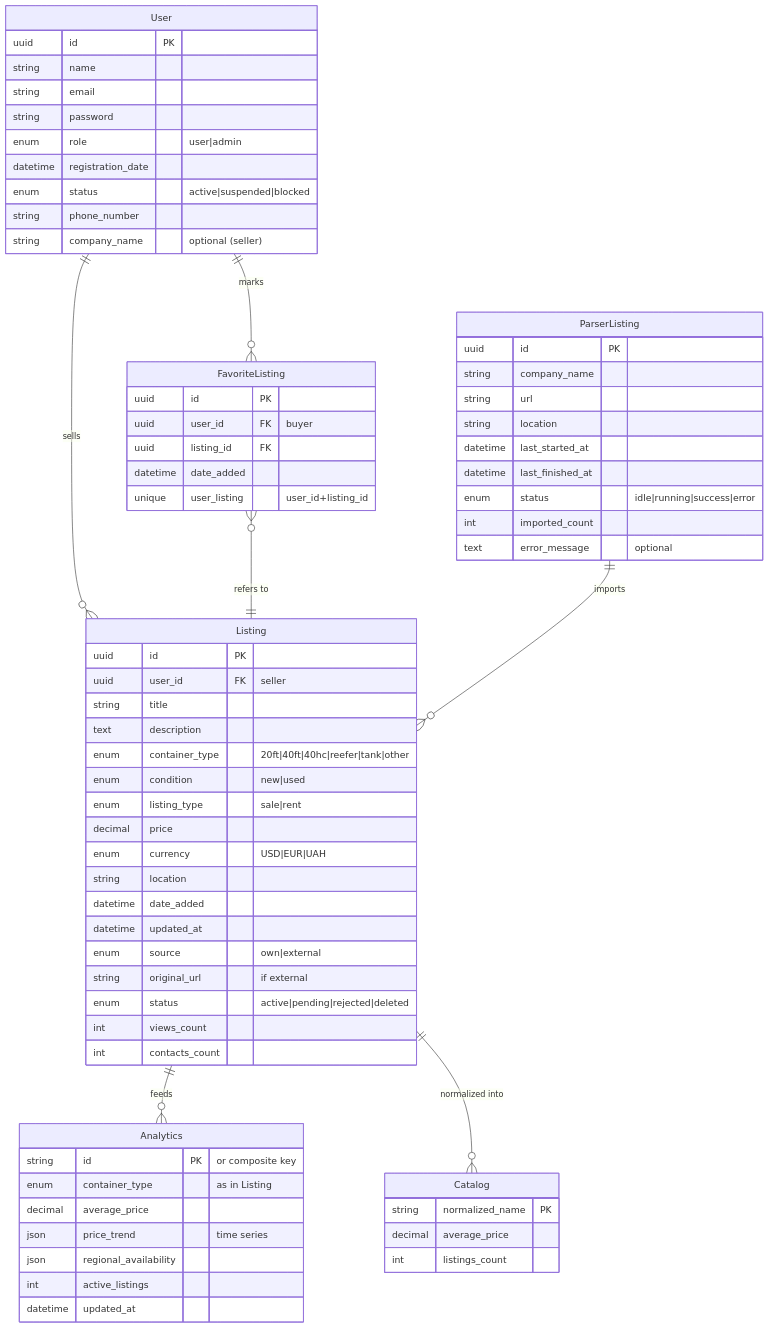
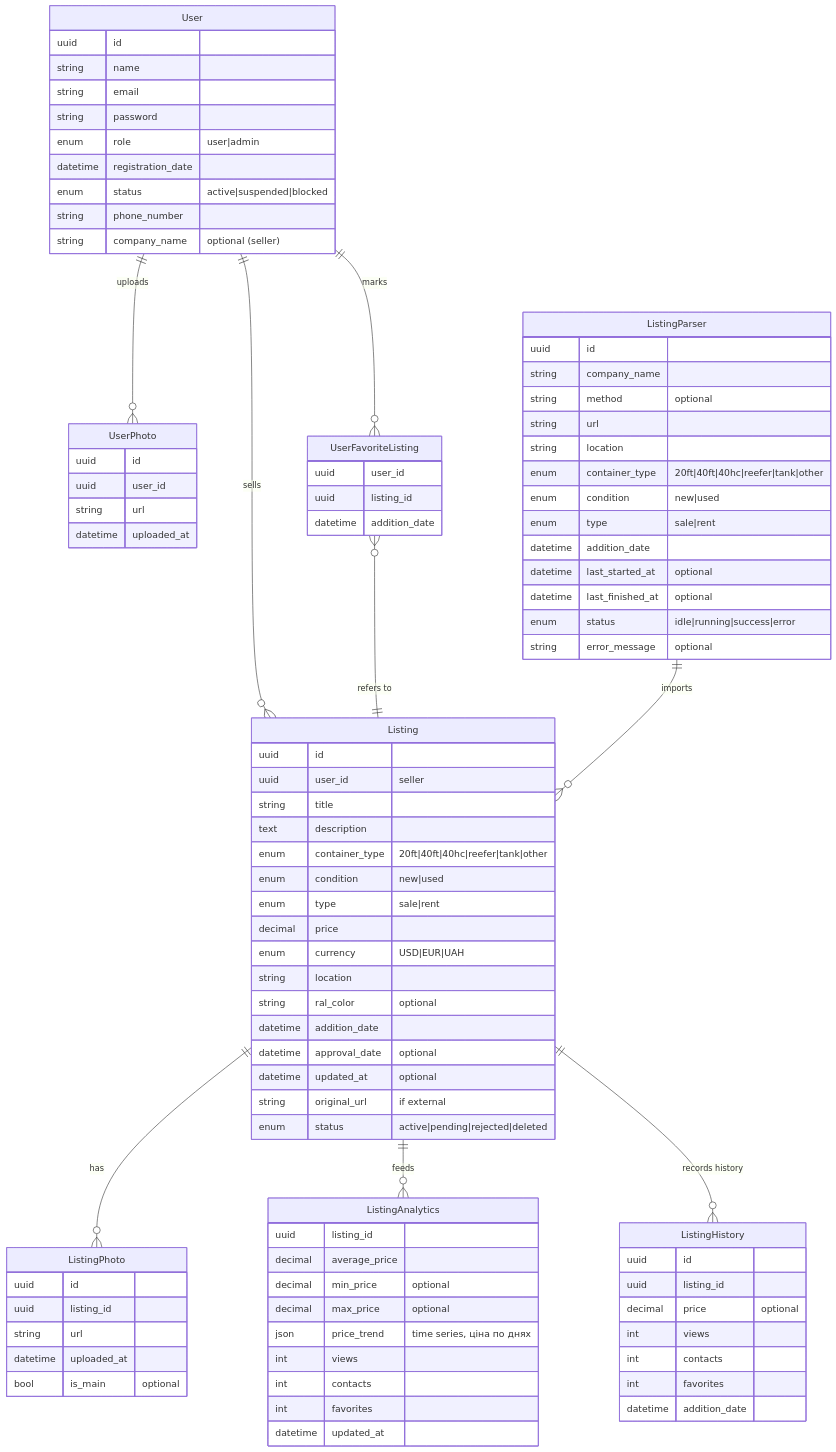
One commit to JusicP/cargo-container-aggregator changed the diagram in docs/models.md. Above: the diagram before and after it, drawn with Mermaid. The commit also changed other lines of this file, not shown here.

````diff
--- a/docs/models.md
+++ b/docs/models.md
@@ -2,7 +2,7 @@
 ```mermaid
 erDiagram
     User {
-      uuid id PK
+      uuid id
       string name
       string email
       string password
@@ -13,67 +13,93 @@
       string company_name "optional (seller)"
     }
 
+    UserPhoto {
+      uuid id
+      uuid user_id
+      string url
+      datetime uploaded_at
+    }
+
     Listing {
-      uuid id PK
-      uuid user_id FK "seller"
+      uuid id
+      uuid user_id "seller"
       string title
       text description
       enum container_type "20ft|40ft|40hc|reefer|tank|other"
       enum condition "new|used"
-      enum listing_type "sale|rent"
+      enum type "sale|rent"
       decimal price
       enum currency "USD|EUR|UAH"
       string location
-      datetime date_added
-      datetime updated_at
-      enum source "own|external"
+      string ral_color "optional"
+      datetime addition_date
+      datetime approval_date "optional"
+      datetime updated_at "optional"
       string original_url "if external"
       enum status "active|pending|rejected|deleted"
-      int views_count
-      int contacts_count
     }
 
-    FavoriteListing {
-      uuid id PK
-      uuid user_id FK "buyer"
-      uuid listing_id FK
-      datetime date_added
-      unique user_listing "user_id+listing_id"
+    ListingPhoto {
+      uuid id
+      uuid listing_id
+      string url
+      datetime uploaded_at
+      bool is_main "optional"
     }
 
-    ParserListing {
-      uuid id PK
+    UserFavoriteListing {
+      uuid user_id
+      uuid listing_id
+      datetime addition_date
+    }
+
+    ListingParser {
+      uuid id
       string company_name
+      string method "optional"
       string url
       string location
-      datetime last_started_at
-      datetime last_finished_at
+      enum container_type "20ft|40ft|40hc|reefer|tank|other"
+      enum condition "new|used"
+      enum type "sale|rent"
+      datetime addition_date
+      datetime last_started_at "optional"
+      datetime last_finished_at "optional"
       enum status "idle|running|success|error"
-      int imported_count
-      text error_message "optional"
+      string error_message "optional"
     }
 
-    Analytics {
-      string id PK "or composite key"
-      enum container_type "as in Listing"
+    ListingAnalytics {
+      uuid listing_id
       decimal average_price
-      json price_trend "time series"
-      json regional_availability
-      int active_listings
+      decimal min_price "optional"
+      decimal max_price "optional"
+      json price_trend "time series, ціна по днях"
+      int views
+      int contacts
+      int favorites
       datetime updated_at
     }
 
-    Catalog {
-      string normalized_name PK
-      decimal average_price
-      int listings_count
+    ListingHistory {
+      uuid id
+      uuid listing_id
+      decimal price "optional"
+      int views
+      int contacts
+      int favorites
+      datetime addition_date
     }
 
     %% Relations
     User ||--o{ Listing : "sells"
-    User ||--o{ FavoriteListing : "marks"
-    FavoriteListing }o--|| Listing : "refers to"
-    ParserListing ||--o{ Listing : "imports"
-    Listing ||--o{ Analytics : "feeds"
-    Listing ||--o{ Catalog : "normalized into"
+    User ||--o{ UserPhoto : "uploads"
+    User ||--o{ UserFavoriteListing : "marks"
+    UserFavoriteListing }o--|| Listing : "refers to"
+
+    Listing ||--o{ ListingPhoto : "has"
+    Listing ||--o{ ListingAnalytics : "feeds"
+    Listing ||--o{ ListingHistory : "records history"
+    ListingParser ||--o{ Listing : "imports"
+
 ```
````
